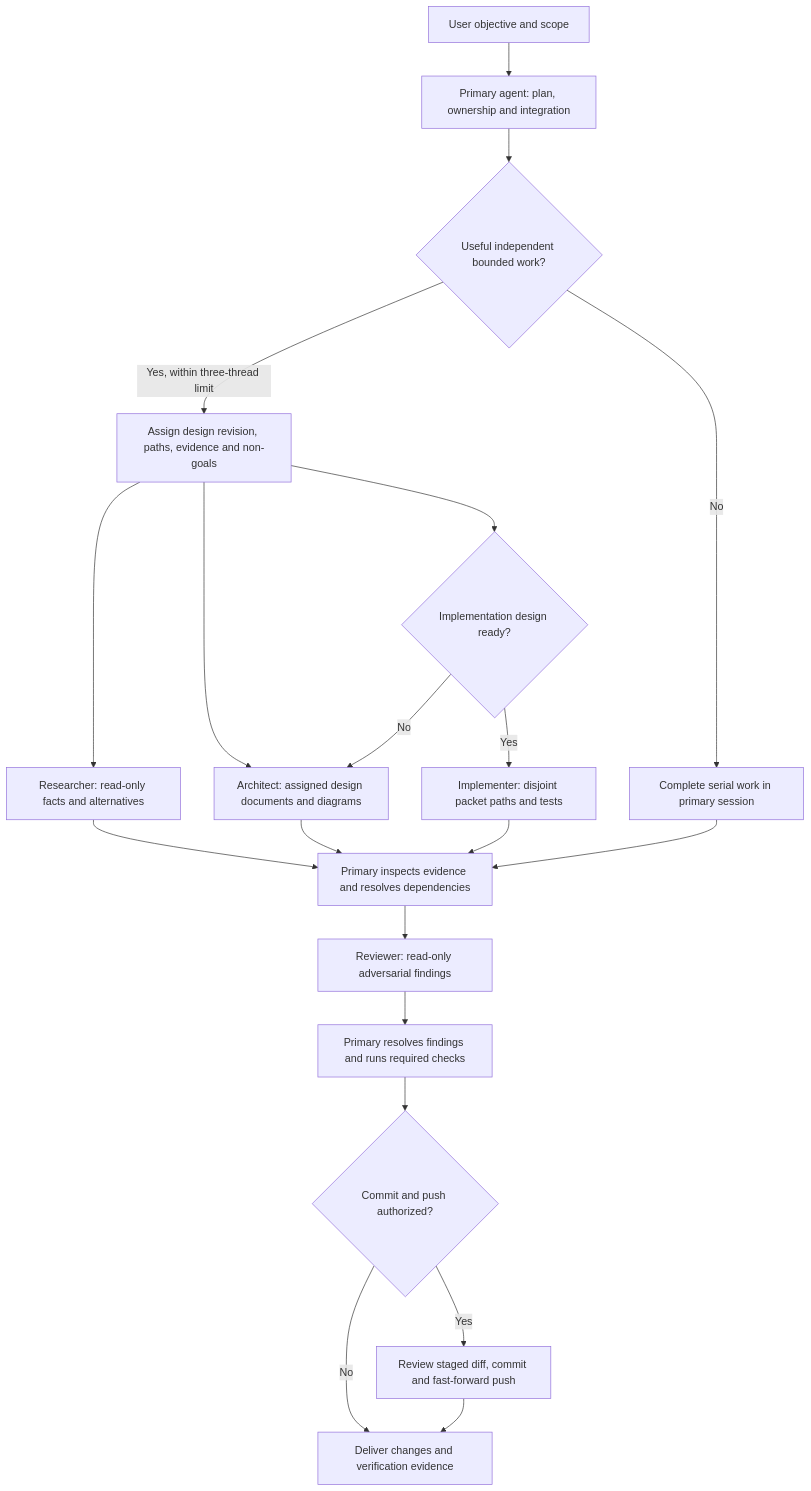
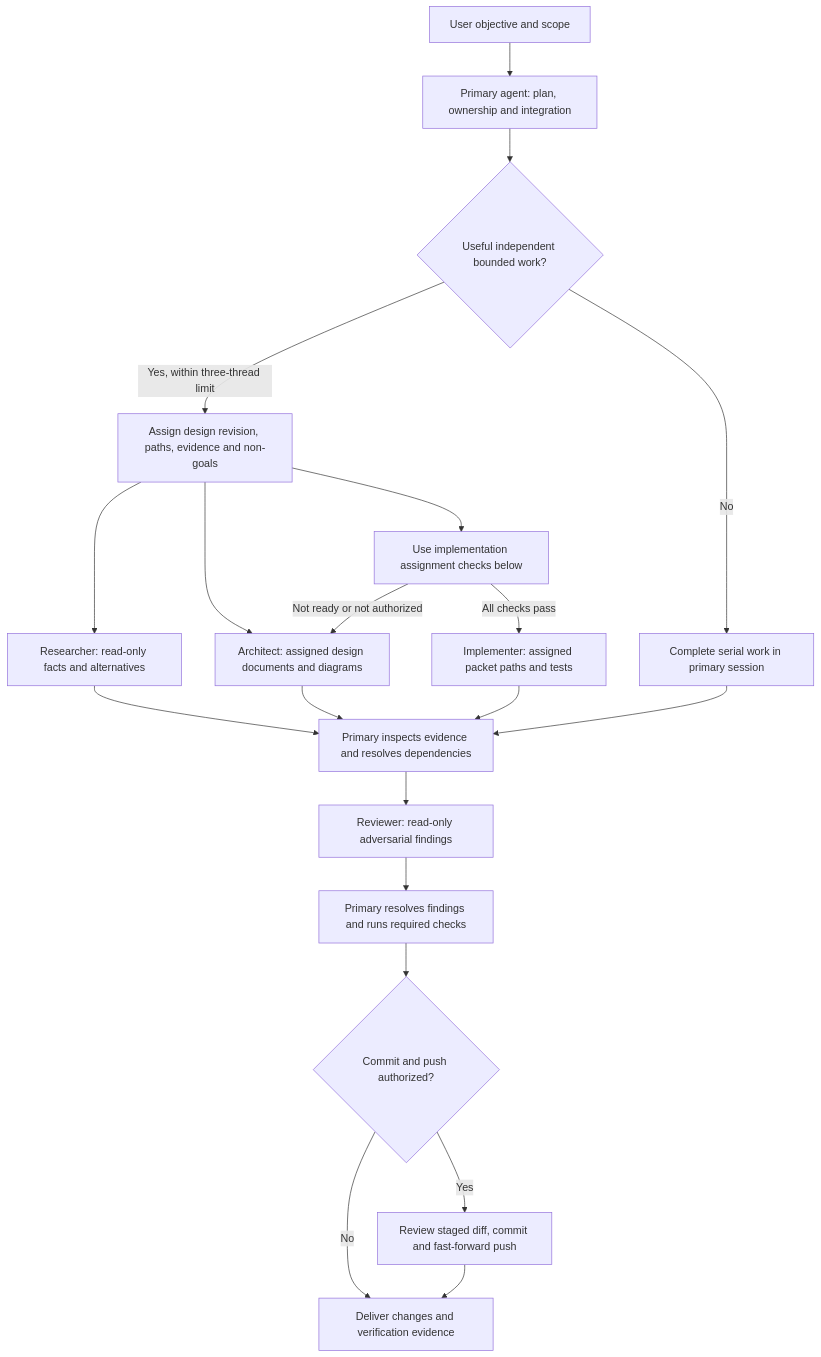
Before and after one commit to pidster/asura: the first of 2 diagrams in docs/designs/repository-agent-configuration.md, drawn with Mermaid. The commit also changed other lines of this file and 16 other files, not shown here.

````diff
--- a/docs/designs/repository-agent-configuration.md
+++ b/docs/designs/repository-agent-configuration.md
@@ -38,22 +44,22 @@
 ```mermaid
 flowchart TD
     User["User objective and scope"] --> Primary["Primary agent: plan, ownership and integration"]
     Primary --> Gate{"Useful independent bounded work?"}
     Gate -->|No| Local["Complete serial work in primary session"]
     Gate -->|Yes, within three-thread limit| Assign["Assign design revision, paths, evidence and non-goals"]
     Assign --> Research["Researcher: read-only facts and alternatives"]
     Assign --> Architect["Architect: assigned design documents and diagrams"]
-    Assign --> Ready{"Implementation design ready?"}
-    Ready -->|No| Architect
-    Ready -->|Yes| Implementer["Implementer: disjoint packet paths and tests"]
+    Assign --> Check["Use implementation assignment checks below"]
+    Check -->|Not ready or not authorized| Architect
+    Check -->|All checks pass| Implementer["Implementer: assigned packet paths and tests"]
     Research --> Evidence["Primary inspects evidence and resolves dependencies"]
     Architect --> Evidence
     Implementer --> Evidence
     Local --> Evidence
     Evidence --> Reviewer["Reviewer: read-only adversarial findings"]
     Reviewer --> Integrate["Primary resolves findings and runs required checks"]
     Integrate --> Publish{"Commit and push authorized?"}
     Publish -->|Yes| Git["Review staged diff, commit and fast-forward push"]
     Publish -->|No| Handoff["Deliver changes and verification evidence"]
     Git --> Handoff
 ```
````
